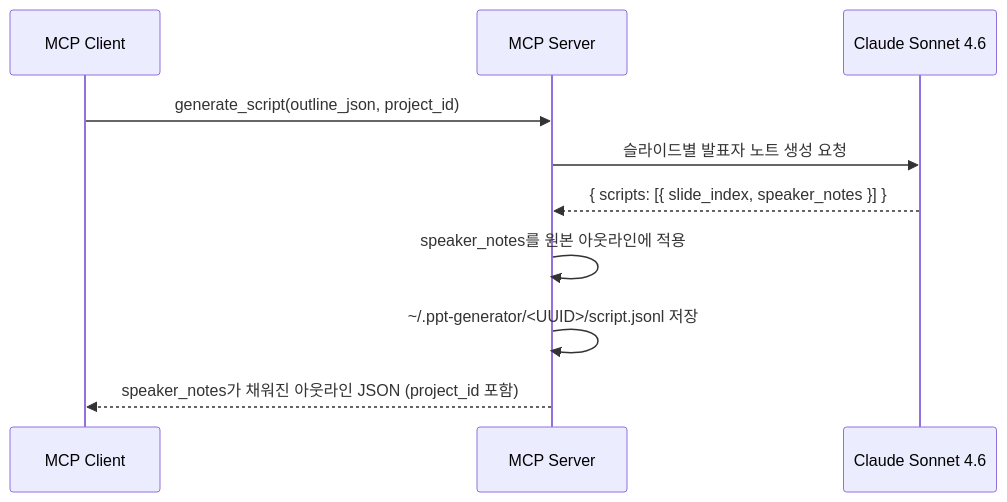
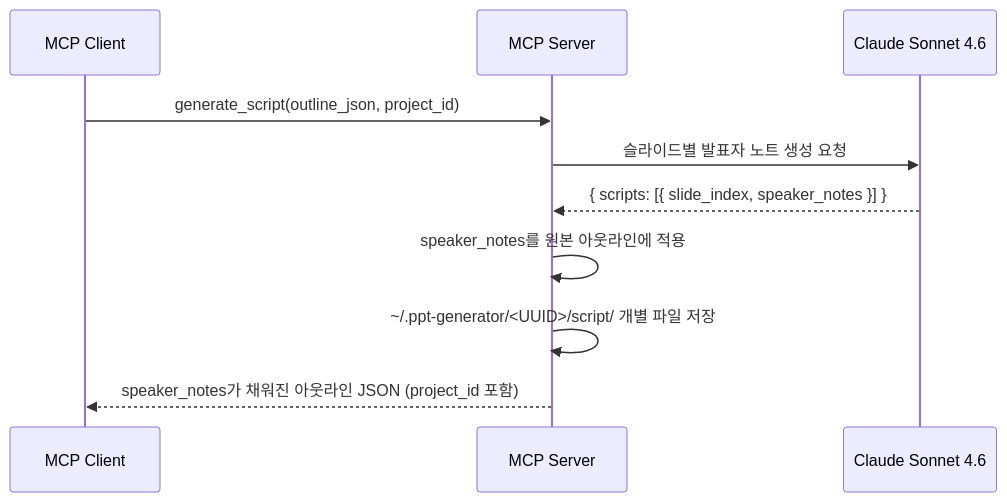
The diagram in docs/adr/pipeline/0002-script-generation.md (haandol/ppt-generator), drawn with Mermaid before and after one commit. The commit also changed other lines of this file and 3 other files, not shown here.

````diff
--- a/docs/adr/pipeline/0002-script-generation.md
+++ b/docs/adr/pipeline/0002-script-generation.md
@@ -45,13 +45,13 @@
 ```mermaid
 sequenceDiagram
     participant Client as MCP Client
     participant Server as MCP Server
     participant LLM as Claude Sonnet 4.6
 
     Client->>Server: generate_script(outline_json, project_id)
     Server->>LLM: 슬라이드별 발표자 노트 생성 요청
     LLM-->>Server: { scripts: [{ slide_index, speaker_notes }] }
     Server->>Server: speaker_notes를 원본 아웃라인에 적용
-    Server->>Server: ~/.ppt-generator/<UUID>/script.jsonl 저장
+    Server->>Server: ~/.ppt-generator/<UUID>/script/ 개별 파일 저장
     Server-->>Client: speaker_notes가 채워진 아웃라인 JSON (project_id 포함)
 ```
````
